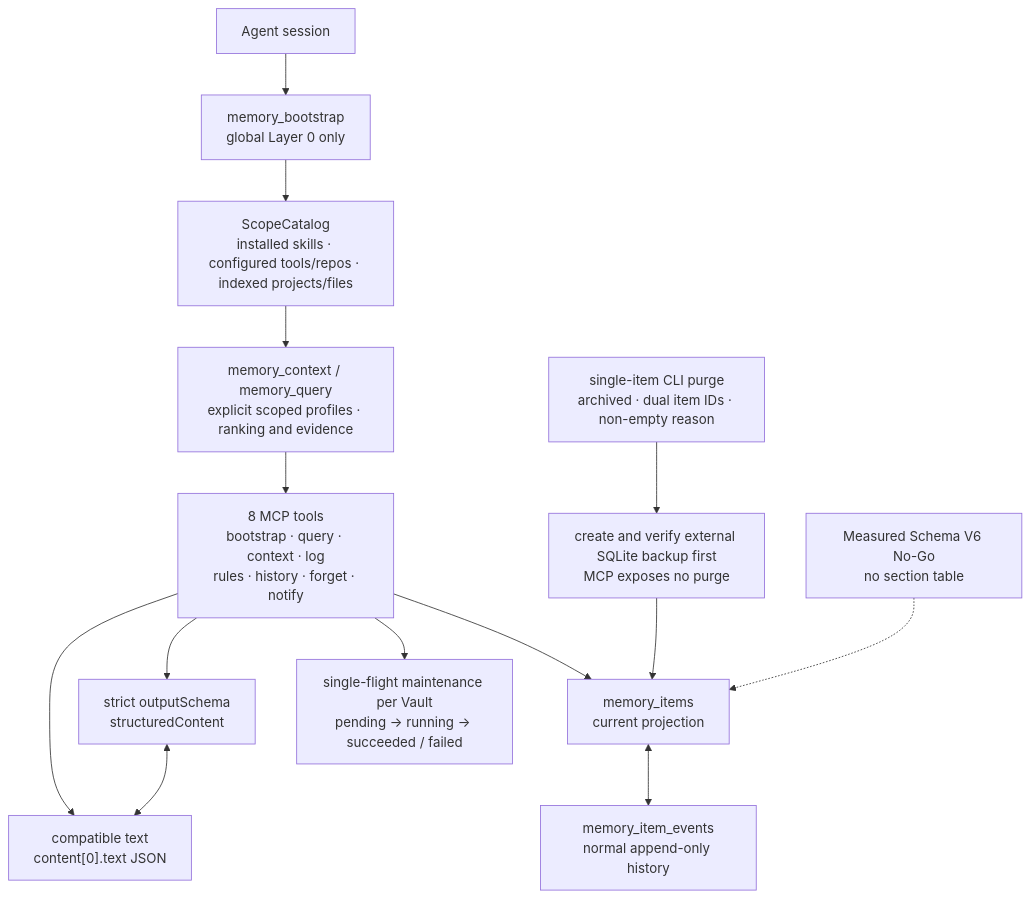
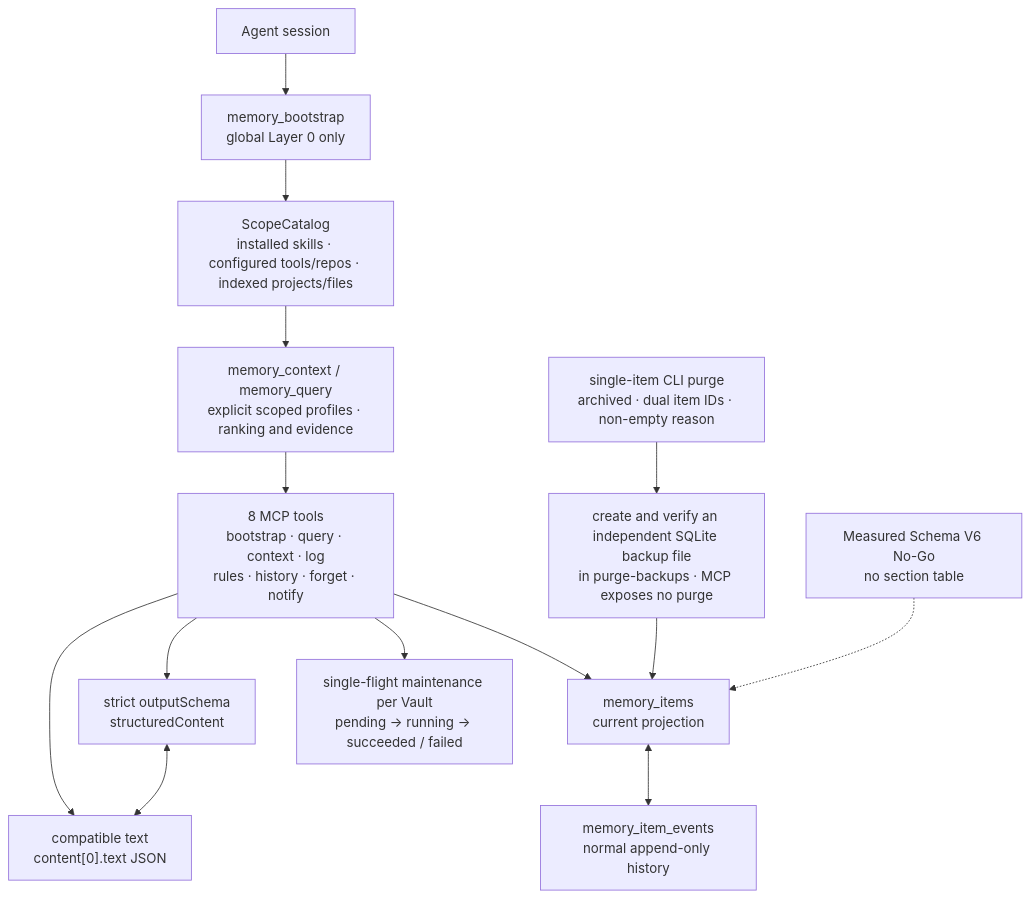
The diagram in assets/lifeos-memory.en.mmd (luneth90/lifeos), drawn with Mermaid before and after one commit. The commit also changed 5 other files, not shown here.

```diff
--- a/assets/lifeos-memory.en.mmd
+++ b/assets/lifeos-memory.en.mmd
@@ -1,27 +1,27 @@
 flowchart TB
     Agent["Agent session"]
     Bootstrap["memory_bootstrap<br/>global Layer 0 only"]
     ScopeCatalog["ScopeCatalog<br/>installed skills · configured tools/repos · indexed projects/files"]
     ContextQuery["memory_context / memory_query<br/>explicit scoped profiles · ranking and evidence"]
     EightTools["8 MCP tools<br/>bootstrap · query · context · log<br/>rules · history · forget · notify"]
     StructuredOutput["strict outputSchema<br/>structuredContent"]
     TextOutput["compatible text<br/>content[0].text JSON"]
     MemoryItems["memory_items<br/>current projection"]
     MemoryEvents["memory_item_events<br/>normal append-only history"]
     MaintenanceState["single-flight maintenance per Vault<br/>pending → running → succeeded / failed"]
     CliPurge["single-item CLI purge<br/>archived · dual item IDs · non-empty reason"]
-    BackupBoundary["create and verify external SQLite backup first<br/>MCP exposes no purge"]
+    BackupBoundary["create and verify an independent SQLite backup file<br/>in purge-backups · MCP exposes no purge"]
     NoSchemaV6["Measured Schema V6 No-Go<br/>no section table"]
     Agent --> Bootstrap
     Bootstrap --> ScopeCatalog
     ScopeCatalog --> ContextQuery
     ContextQuery --> EightTools
     EightTools --> StructuredOutput
     EightTools --> TextOutput
     StructuredOutput <--> TextOutput
     EightTools --> MemoryItems
     MemoryItems <--> MemoryEvents
     EightTools --> MaintenanceState
     CliPurge --> BackupBoundary
     BackupBoundary --> MemoryItems
     NoSchemaV6 -.-> MemoryItems
```
